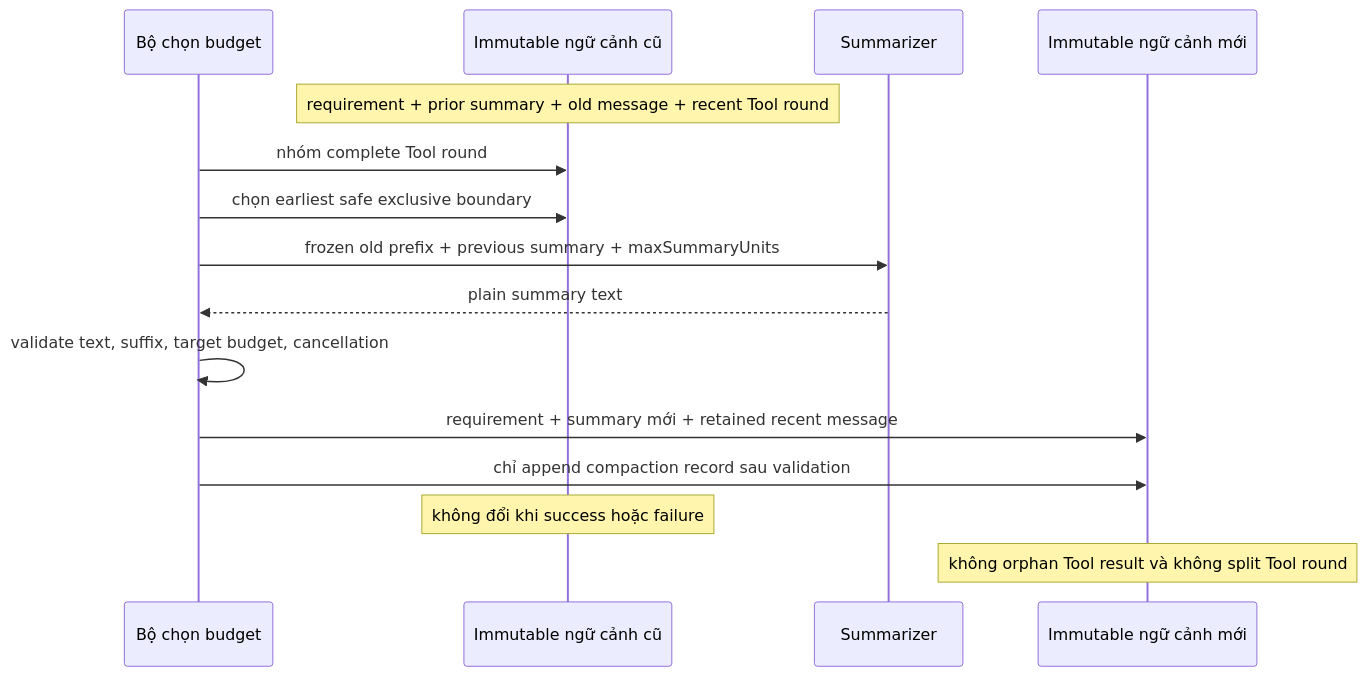
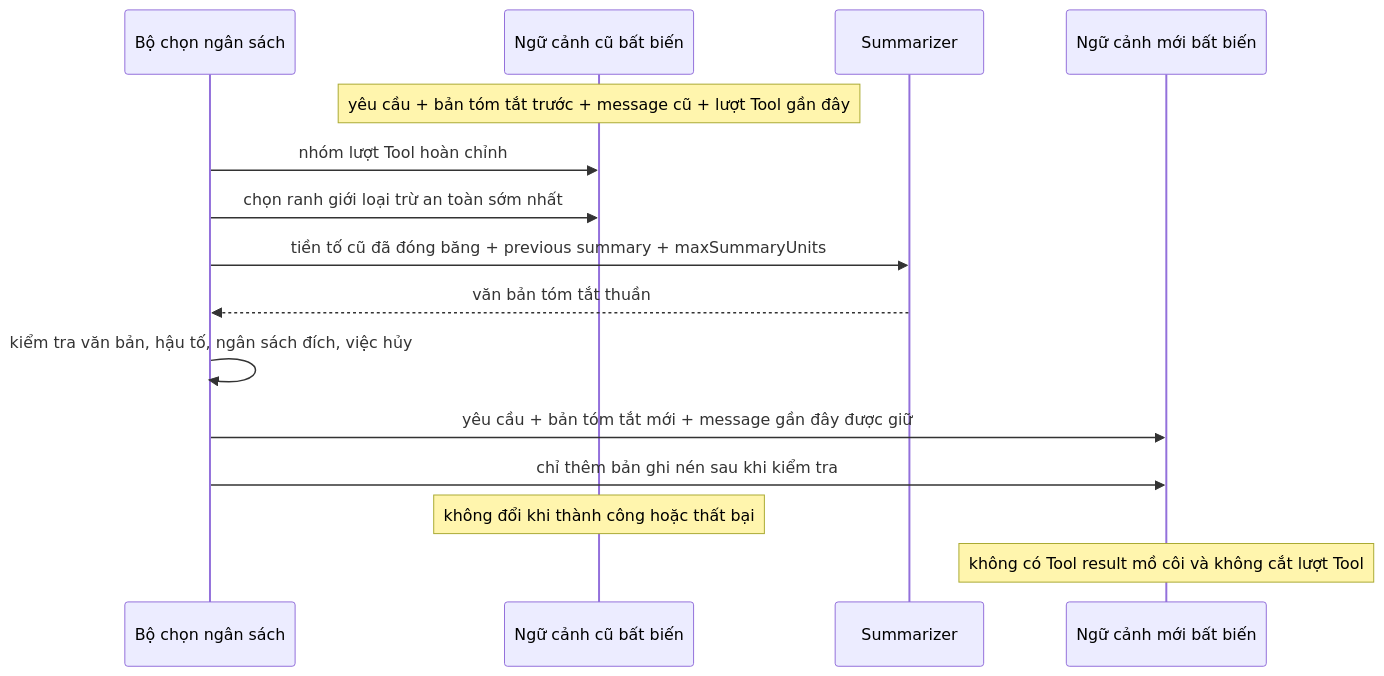
The diagram in content/vi/course/11-context-compaction.md (pifydev/docs), drawn with Mermaid before and after one commit. The commit also changed other lines of this file and 7 other files, not shown here.

````diff
--- a/content/vi/course/11-context-compaction.md
+++ b/content/vi/course/11-context-compaction.md
@@ -60,17 +60,17 @@
 ```mermaid
 sequenceDiagram
-  participant B as Bộ chọn budget
-  participant O as Immutable ngữ cảnh cũ
+  participant B as Bộ chọn ngân sách
+  participant O as Ngữ cảnh cũ bất biến
   participant S as Summarizer
-  participant N as Immutable ngữ cảnh mới
-  Note over O: requirement + prior summary + old message + recent Tool round
-  B->>O: nhóm complete Tool round
-  B->>O: chọn earliest safe exclusive boundary
-  B->>S: frozen old prefix + previous summary + maxSummaryUnits
-  S-->>B: plain summary text
-  B->>B: validate text, suffix, target budget, cancellation
-  B->>N: requirement + summary mới + retained recent message
-  B->>N: chỉ append compaction record sau validation
-  Note over O: không đổi khi success hoặc failure
-  Note over N: không orphan Tool result và không split Tool round
+  participant N as Ngữ cảnh mới bất biến
+  Note over O: yêu cầu + bản tóm tắt trước + message cũ + lượt Tool gần đây
+  B->>O: nhóm lượt Tool hoàn chỉnh
+  B->>O: chọn ranh giới loại trừ an toàn sớm nhất
+  B->>S: tiền tố cũ đã đóng băng + previous summary + maxSummaryUnits
+  S-->>B: văn bản tóm tắt thuần
+  B->>B: kiểm tra văn bản, hậu tố, ngân sách đích, việc hủy
+  B->>N: yêu cầu + bản tóm tắt mới + message gần đây được giữ
+  B->>N: chỉ thêm bản ghi nén sau khi kiểm tra
+  Note over O: không đổi khi thành công hoặc thất bại
+  Note over N: không có Tool result mồ côi và không cắt lượt Tool
 ```
````
